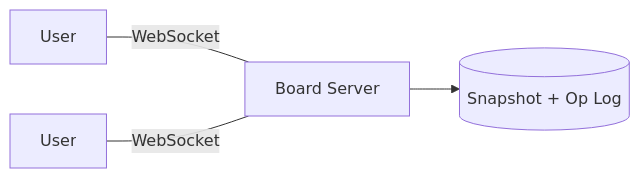
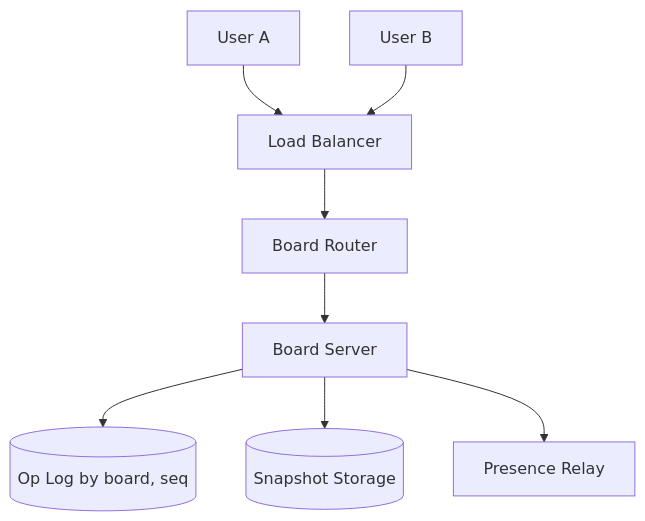
One commit to design-gurus/grokking-system-design changed the first of 2 diagrams in questions/design-collaborative-whiteboard.md. Above: the diagram before and after it, drawn with Mermaid. The commit also changed other lines of this file and 19 other files, not shown here.

````diff
--- a/questions/design-collaborative-whiteboard.md
+++ b/questions/design-collaborative-whiteboard.md
@@ -21,6 +81,10 @@
 ```mermaid
-flowchart LR
-    U1[User] ---|WebSocket| BS[Board Server]
-    U2[User] ---|WebSocket| BS
-    BS --> Store[(Snapshot + Op Log)]
+flowchart TD
+    U1[User A] --> LB[Load Balancer]
+    U2[User B] --> LB
+    LB --> Router[Board Router]
+    Router --> BS[Board Server]
+    BS --> Log[("Op Log by board, seq")]
+    BS --> Snap[("Snapshot Storage")]
+    BS --> Pres[Presence Relay]
 ```
````
